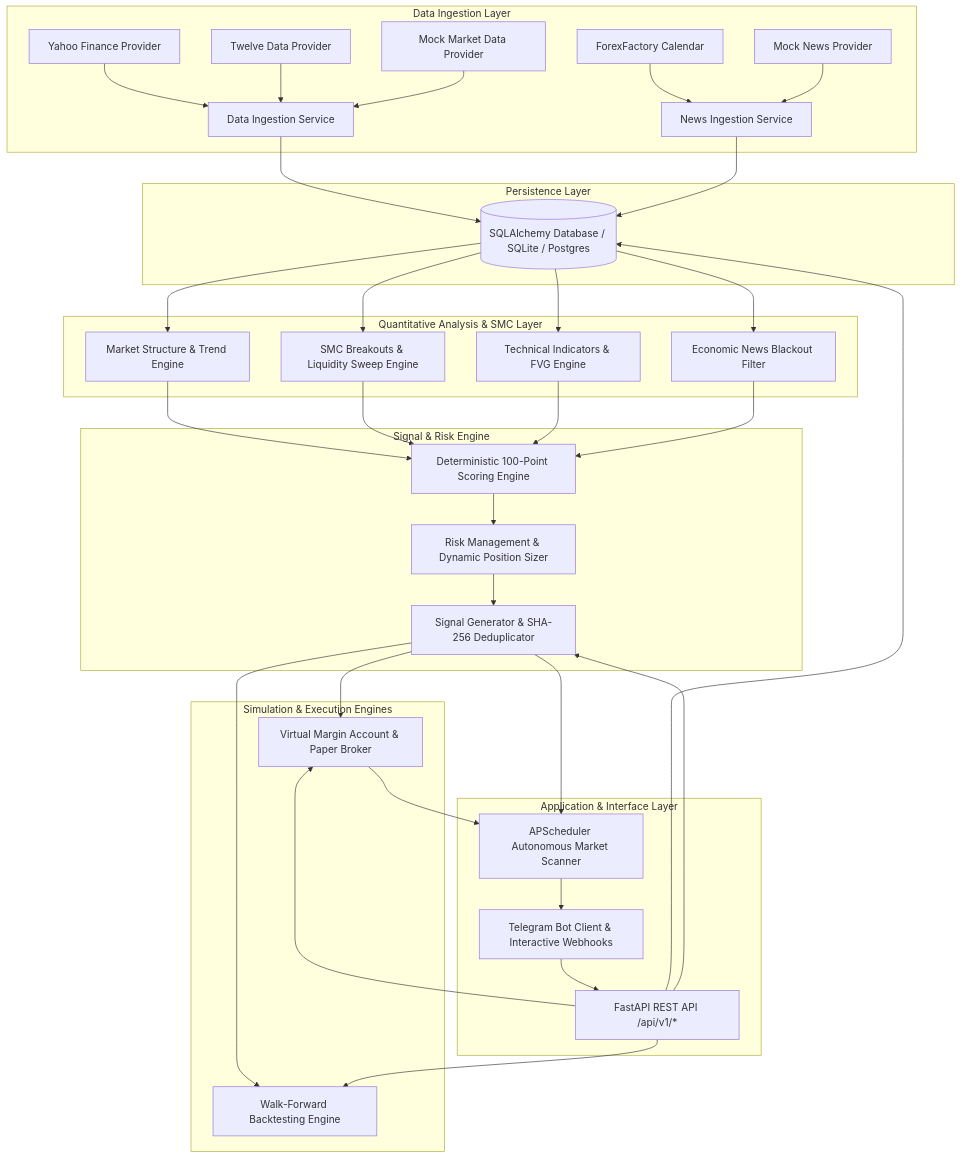
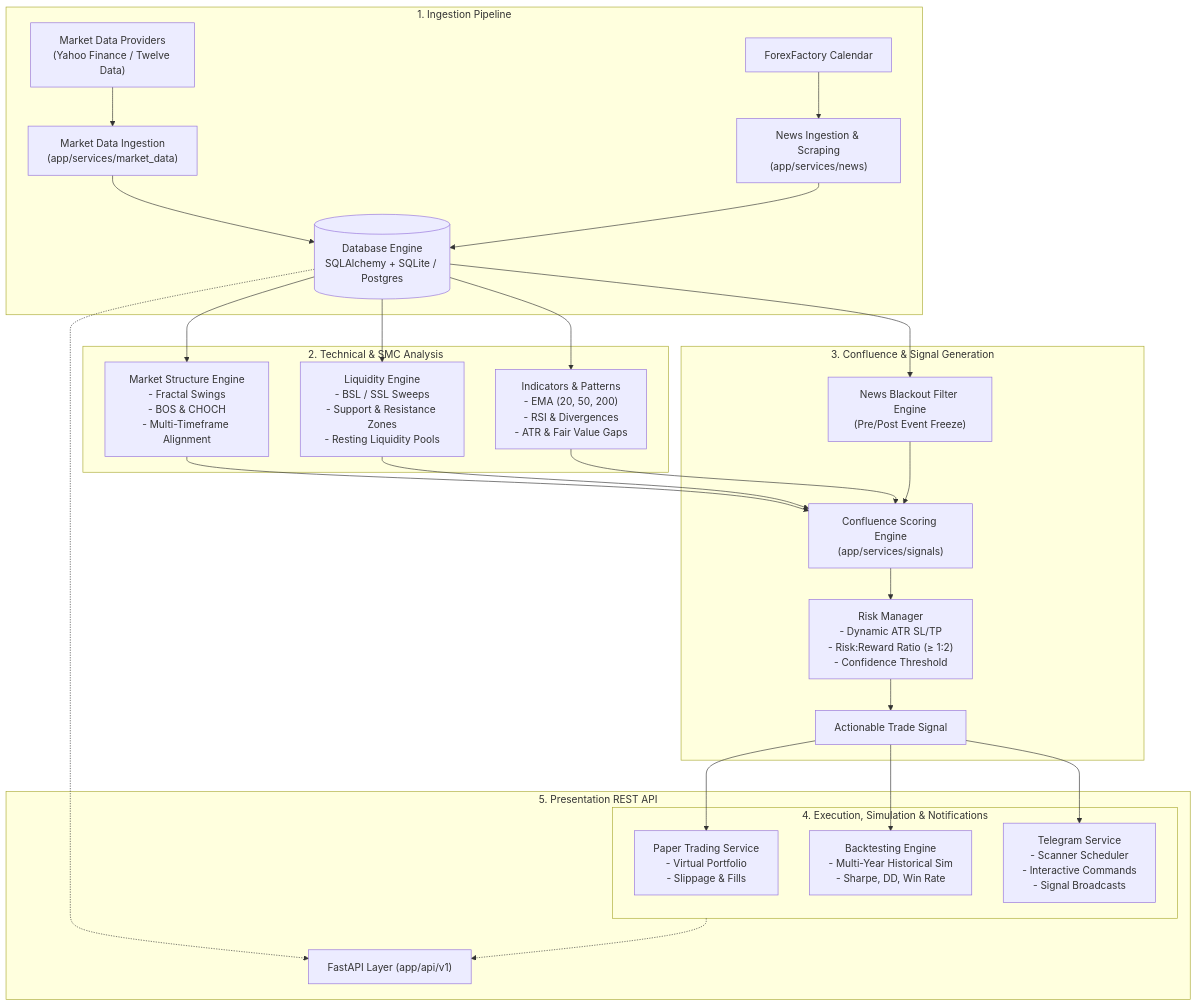
Before and after one commit to dina-seng/signal_bot: the diagram in README.md, drawn with Mermaid. The commit also changed other lines of this file, not shown here.

````diff
--- a/README.md
+++ b/README.md
@@ -101,51 +181,37 @@
 ```mermaid
-graph TD
-    subgraph MarketData [Data Ingestion Layer]
-        YF[Yahoo Finance Provider] --> Ingestion[Data Ingestion Service]
-        TD[Twelve Data Provider] --> Ingestion
-        MockMD[Mock Market Data Provider] --> Ingestion
-        FF[ForexFactory Calendar] --> NewsIngestion[News Ingestion Service]
-        MockNews[Mock News Provider] --> NewsIngestion
+flowchart TD
+    subgraph Ingestion["1. Ingestion Pipeline"]
+        P1["Market Data Providers\n(Yahoo Finance / Twelve Data)"] --> INGEST["Market Data Ingestion\n(app/services/market_data)"]
+        N1["ForexFactory Calendar"] --> NEWS_INGEST["News Ingestion & Scraping\n(app/services/news)"]
+        INGEST --> DB[("Database Engine\nSQLAlchemy + SQLite / Postgres")]
+        NEWS_INGEST --> DB
     end
 
-    subgraph Storage [Persistence Layer]
-        Ingestion --> DB[(SQLAlchemy Database / SQLite / Postgres)]
-        NewsIngestion --> DB
+    subgraph Analysis["2. Technical & SMC Analysis"]
+        DB --> STRUCT["Market Structure Engine\n- Fractal Swings\n- BOS & CHOCH\n- Multi-Timeframe Alignment"]
+        DB --> LIQ["Liquidity Engine\n- BSL / SSL Sweeps\n- Support & Resistance Zones\n- Resting Liquidity Pools"]
+        DB --> IND["Indicators & Patterns\n- EMA (20, 50, 200)\n- RSI & Divergences\n- ATR & Fair Value Gaps"]
     end
 
-    subgraph QuantEngines [Quantitative Analysis & SMC Layer]
-        DB --> StructureEng[Market Structure & Trend Engine]
-        DB --> LiquidityEng[SMC Breakouts & Liquidity Sweep Engine]
-        DB --> IndicatorEng[Technical Indicators & FVG Engine]
-        DB --> NewsFilter[Economic News Blackout Filter]
+    subgraph Decision["3. Confluence & Signal Generation"]
+        STRUCT --> CONF["Confluence Scoring Engine\n(app/services/signals)"]
+        LIQ --> CONF
+        IND --> CONF
+        DB --> BLACKOUT["News Blackout Filter Engine\n(Pre/Post Event Freeze)"]
+        BLACKOUT --> CONF
+        CONF --> RISK["Risk Manager\n- Dynamic ATR SL/TP\n- Risk:Reward Ratio (≥ 1:2)\n- Confidence Threshold"]
+        RISK --> SIGNAL["Actionable Trade Signal"]
     end
 
-    subgraph SignalCore [Signal & Risk Engine]
-        StructureEng --> Scoring[Deterministic 100-Point Scoring Engine]
-        LiquidityEng --> Scoring
-        IndicatorEng --> Scoring
-        NewsFilter --> Scoring
-        Scoring --> RiskMgr[Risk Management & Dynamic Position Sizer]
-        RiskMgr --> SignalGen[Signal Generator & SHA-256 Deduplicator]
+    subgraph Execution["4. Execution, Simulation & Notifications"]
+        SIGNAL --> PAPER["Paper Trading Service\n- Virtual Portfolio\n- Slippage & Fills"]
+        SIGNAL --> BACKTEST["Backtesting Engine\n- Multi-Year Historical Sim\n- Sharpe, DD, Win Rate"]
+        SIGNAL --> TELEGRAM["Telegram Service\n- Scanner Scheduler\n- Interactive Commands\n- Signal Broadcasts"]
     end
 
-    subgraph Simulation [Simulation & Execution Engines]
-        SignalGen --> BacktestEng[Walk-Forward Backtesting Engine]
-        SignalGen --> PaperBroker[Virtual Margin Account & Paper Broker]
-    end
-
-    subgraph Interfaces [Application & Interface Layer]
-        FastAPI[FastAPI REST API /api/v1/*]
-        Scheduler[APScheduler Autonomous Market Scanner]
-        Telegram[Telegram Bot Client & Interactive Webhooks]
-        
-        SignalGen --> Scheduler
-        PaperBroker --> Scheduler
-        Scheduler --> Telegram
-        FastAPI --> DB
-        FastAPI --> SignalGen
-        FastAPI --> BacktestEng
-        FastAPI --> PaperBroker
-        Telegram --> FastAPI
+    subgraph API["5. Presentation REST API"]
+        FASTAPI["FastAPI Layer (app/api/v1)"]
+        DB -.-> FASTAPI
+        Execution -.-> FASTAPI
     end
 ```
````
